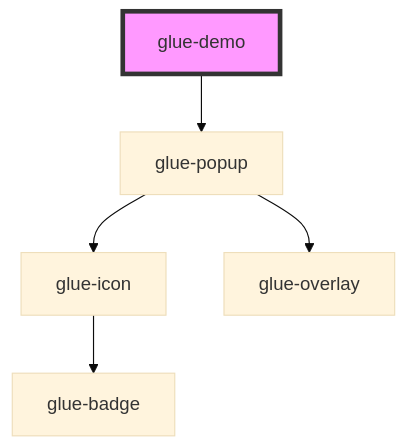
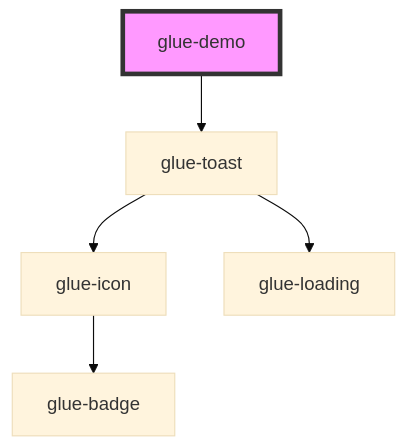
One commit to grasilife/glue changed the diagram in packages/glue-components/src/components/glue-demo/readme.md. Above: the diagram before and after it, drawn with Mermaid (base theme). The commit also changed other lines of this file and 21 other files, not shown here.

````diff
--- a/packages/glue-components/src/components/glue-demo/readme.md
+++ b/packages/glue-components/src/components/glue-demo/readme.md
@@ -15,8 +15,8 @@
 ```mermaid
 graph TD;
-  glue-demo --> glue-popup
-  glue-popup --> glue-icon
-  glue-popup --> glue-overlay
+  glue-demo --> glue-toast
+  glue-toast --> glue-icon
+  glue-toast --> glue-loading
   glue-icon --> glue-badge
   style glue-demo fill:#f9f,stroke:#333,stroke-width:4px
 ```
````
